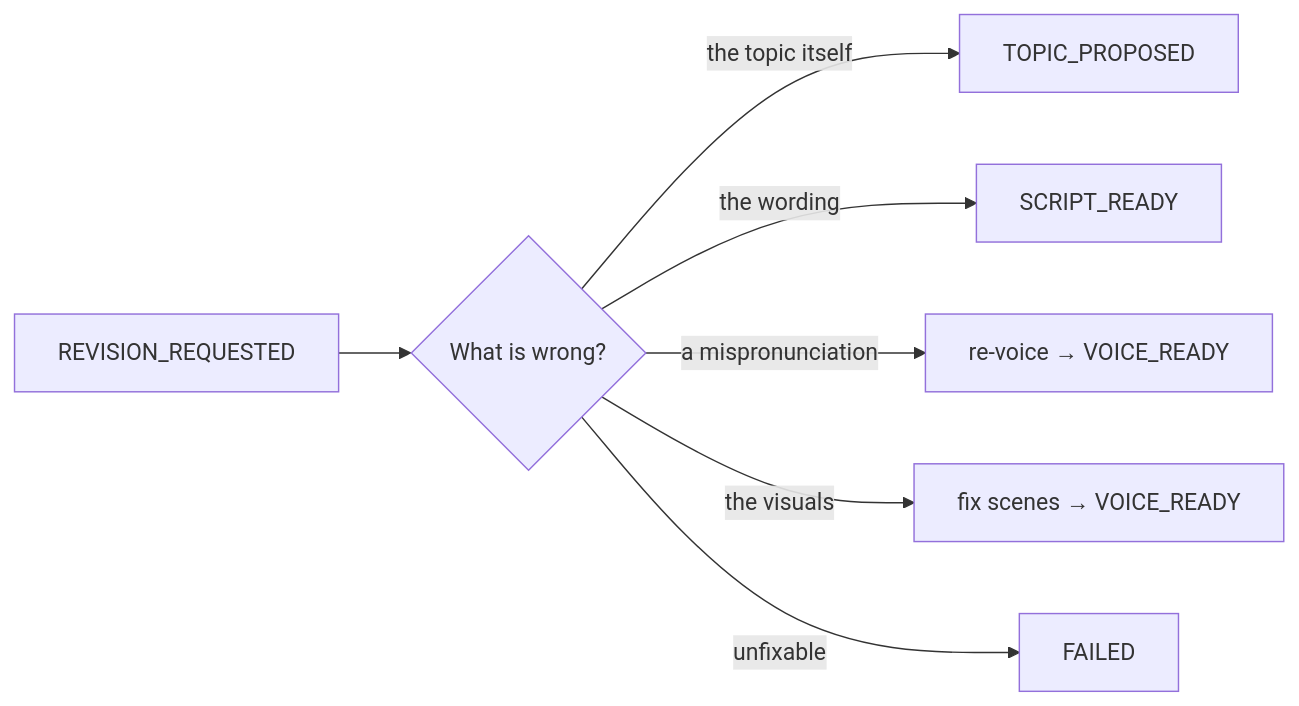
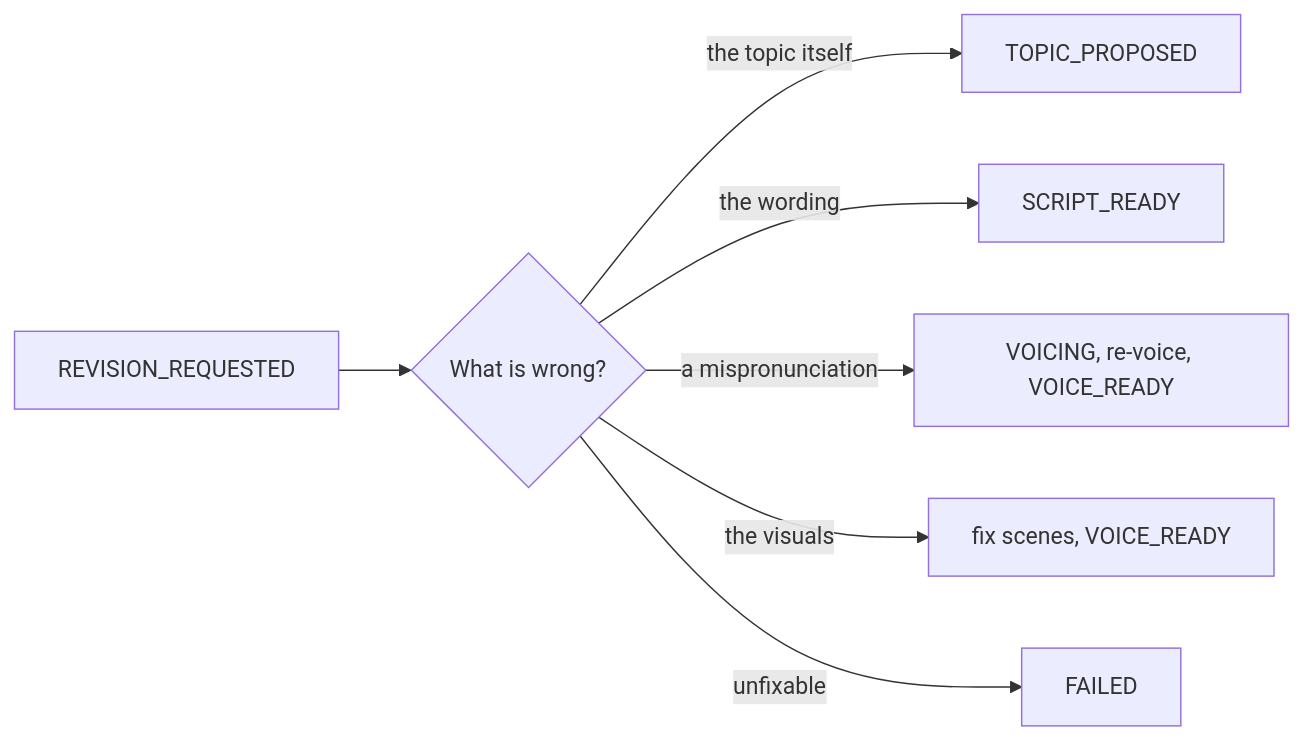
Before and after one commit to teja156/tubematic: the second of 3 diagrams in docs/developer/02-pipeline.md, drawn with Mermaid. The commit also changed other lines of this file and 25 other files, not shown here.

````diff
--- a/docs/developer/02-pipeline.md
+++ b/docs/developer/02-pipeline.md
@@ -238,9 +211,9 @@
 ```mermaid
 flowchart LR
     RR[REVISION_REQUESTED] --> Q{What is wrong?}
     Q -->|the topic itself| TP[TOPIC_PROPOSED]
     Q -->|the wording| SR[SCRIPT_READY]
-    Q -->|a mispronunciation| RV[re-voice → VOICE_READY]
-    Q -->|the visuals| SC[fix scenes → VOICE_READY]
+    Q -->|a mispronunciation| RV[VOICING, re-voice, VOICE_READY]
+    Q -->|the visuals| SC[fix scenes, VOICE_READY]
     Q -->|unfixable| F[FAILED]
 ```
````
